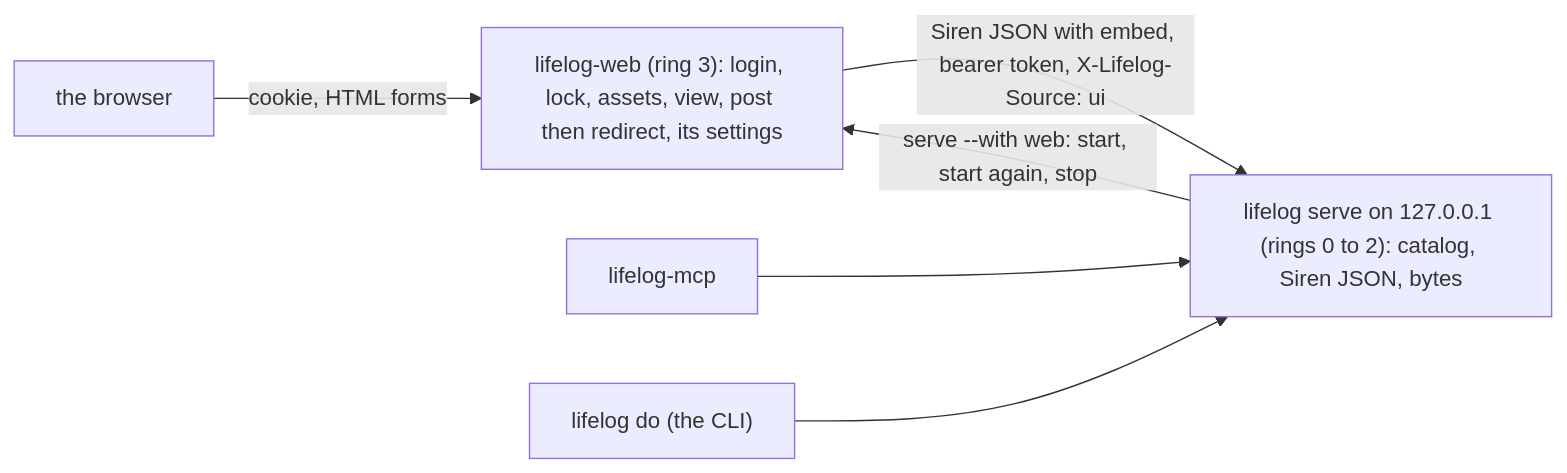
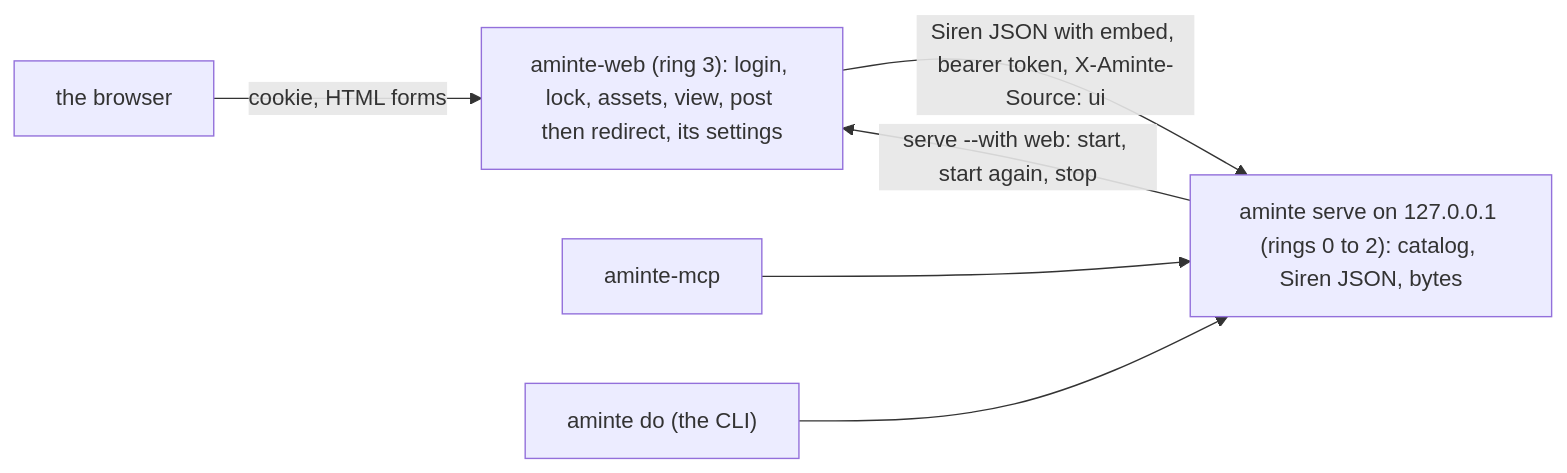
The first of 2 diagrams in docs/plans/161-the-browser-as-an-extension.md (alexradunet/aminte), drawn with Mermaid before and after one commit. The commit also changed other lines of this file and 554 other files, not shown here.

First line of the commit message:
rename the project from lifelog to aminte

````diff
--- a/docs/plans/161-the-browser-as-an-extension.md
+++ b/docs/plans/161-the-browser-as-an-extension.md
@@ -133,8 +133,8 @@
 ```mermaid
 flowchart LR
-  B["the browser"] -->|"cookie, HTML forms"| W["lifelog-web (ring 3): login, lock, assets, view, post then redirect, its settings"]
-  W -->|"Siren JSON with embed, bearer token, X-Lifelog-Source: ui"| C["lifelog serve on 127.0.0.1 (rings 0 to 2): catalog, Siren JSON, bytes"]
-  M["lifelog-mcp"] --> C
-  L["lifelog do (the CLI)"] --> C
+  B["the browser"] -->|"cookie, HTML forms"| W["aminte-web (ring 3): login, lock, assets, view, post then redirect, its settings"]
+  W -->|"Siren JSON with embed, bearer token, X-Aminte-Source: ui"| C["aminte serve on 127.0.0.1 (rings 0 to 2): catalog, Siren JSON, bytes"]
+  M["aminte-mcp"] --> C
+  L["aminte do (the CLI)"] --> C
   C -->|"serve --with web: start, start again, stop"| W
 ```
````
